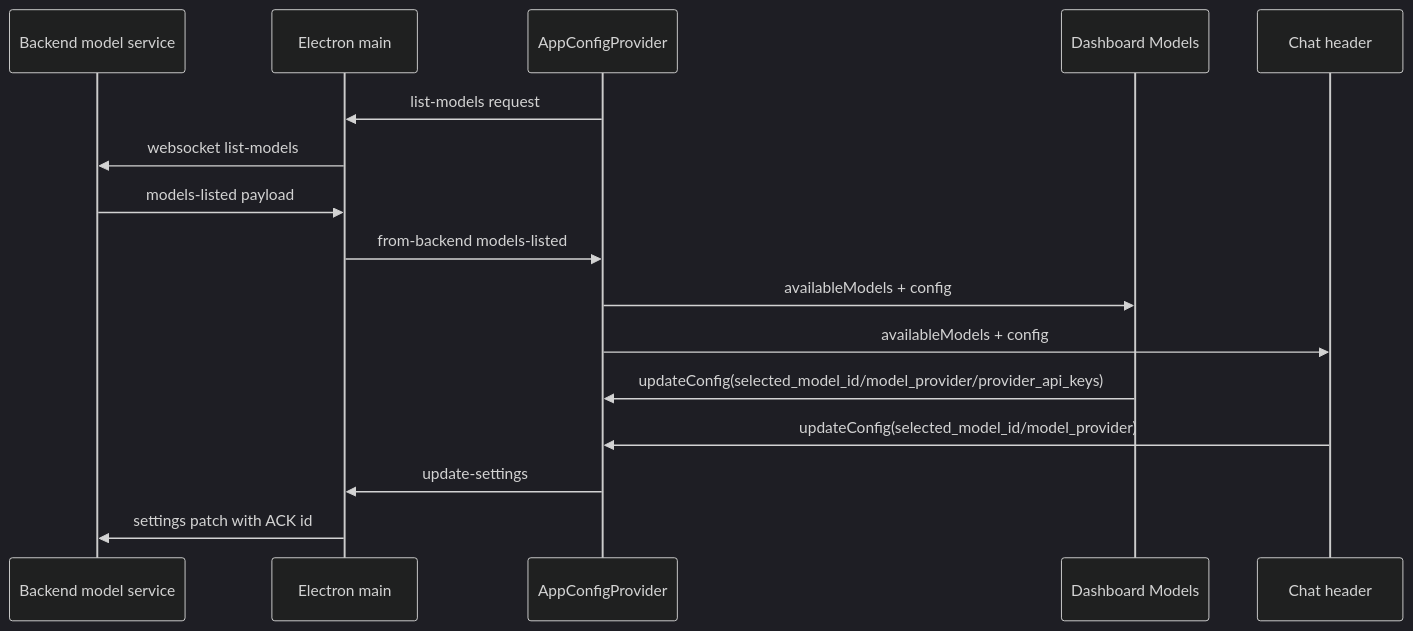
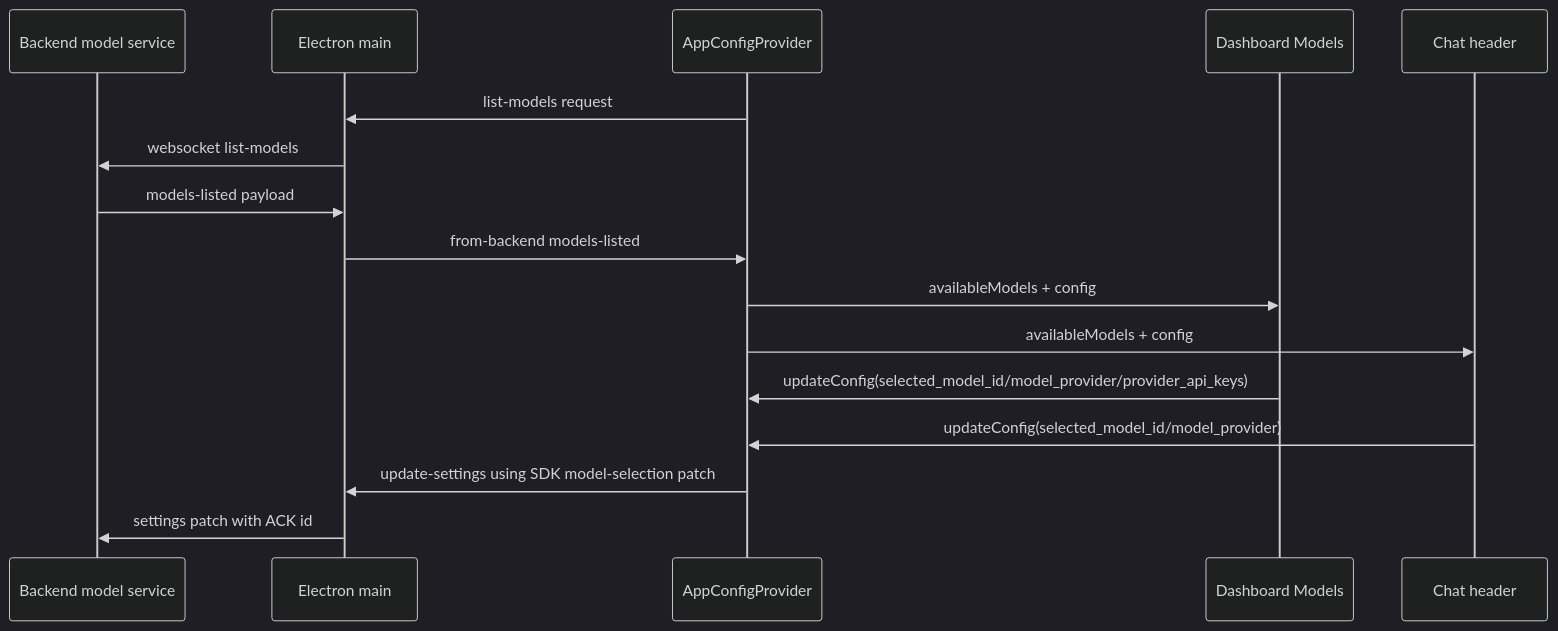
Before and after one commit to buiilding/My_Own_OpenClaw: the diagram in docs/frontend/renderer/settings/model_settings_change_workflow.md, drawn with Mermaid (dark theme). The commit also changed other lines of this file and 5 other files, not shown here.

Commit message:
refactor(frontend-sdk): use sdk model selection patch

````diff
--- a/docs/frontend/renderer/settings/model_settings_change_workflow.md
+++ b/docs/frontend/renderer/settings/model_settings_change_workflow.md
@@ -49,19 +52,19 @@
 ```mermaid
 sequenceDiagram
     participant Backend as Backend model service
     participant Main as Electron main
     participant Provider as AppConfigProvider
     participant Dashboard as Dashboard Models
     participant Chat as Chat header
 
     Provider->>Main: list-models request
     Main->>Backend: websocket list-models
     Backend->>Main: models-listed payload
     Main->>Provider: from-backend models-listed
     Provider->>Dashboard: availableModels + config
     Provider->>Chat: availableModels + config
     Dashboard->>Provider: updateConfig(selected_model_id/model_provider/provider_api_keys)
     Chat->>Provider: updateConfig(selected_model_id/model_provider)
-    Provider->>Main: update-settings
+    Provider->>Main: update-settings using SDK model-selection patch
     Main->>Backend: settings patch with ACK id
 ```
````
